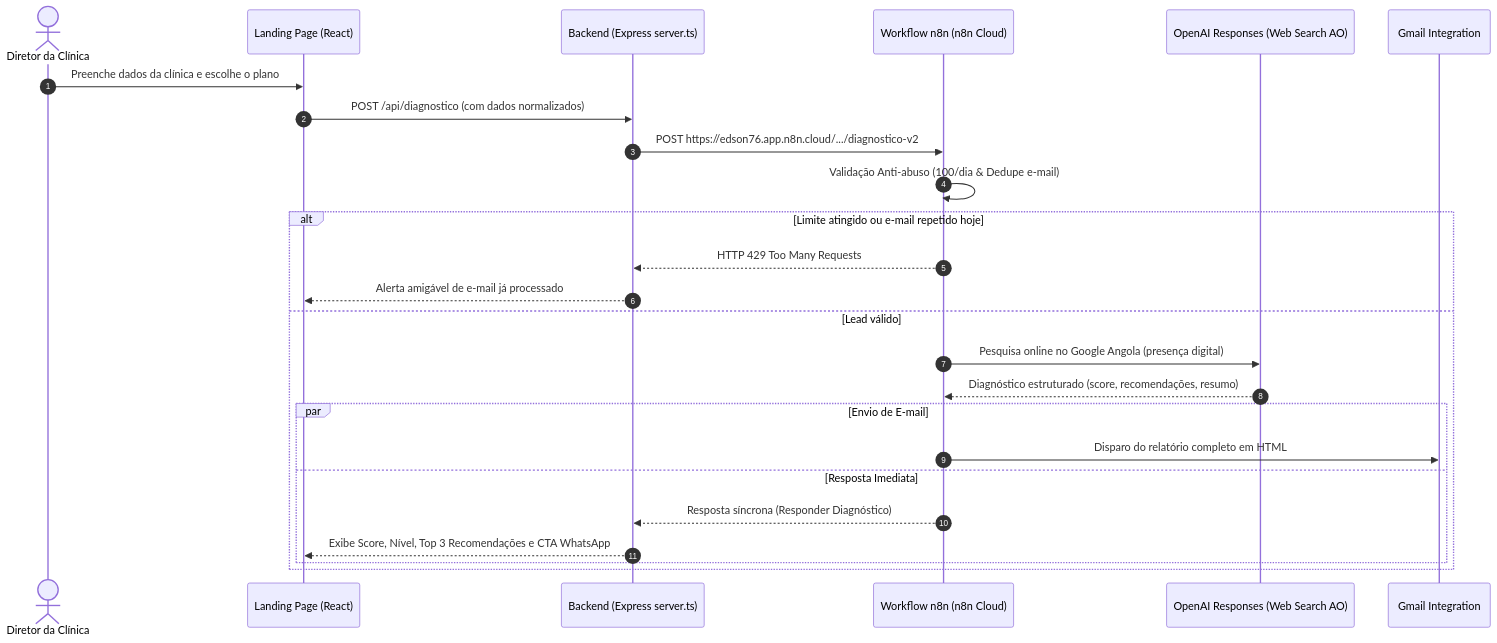
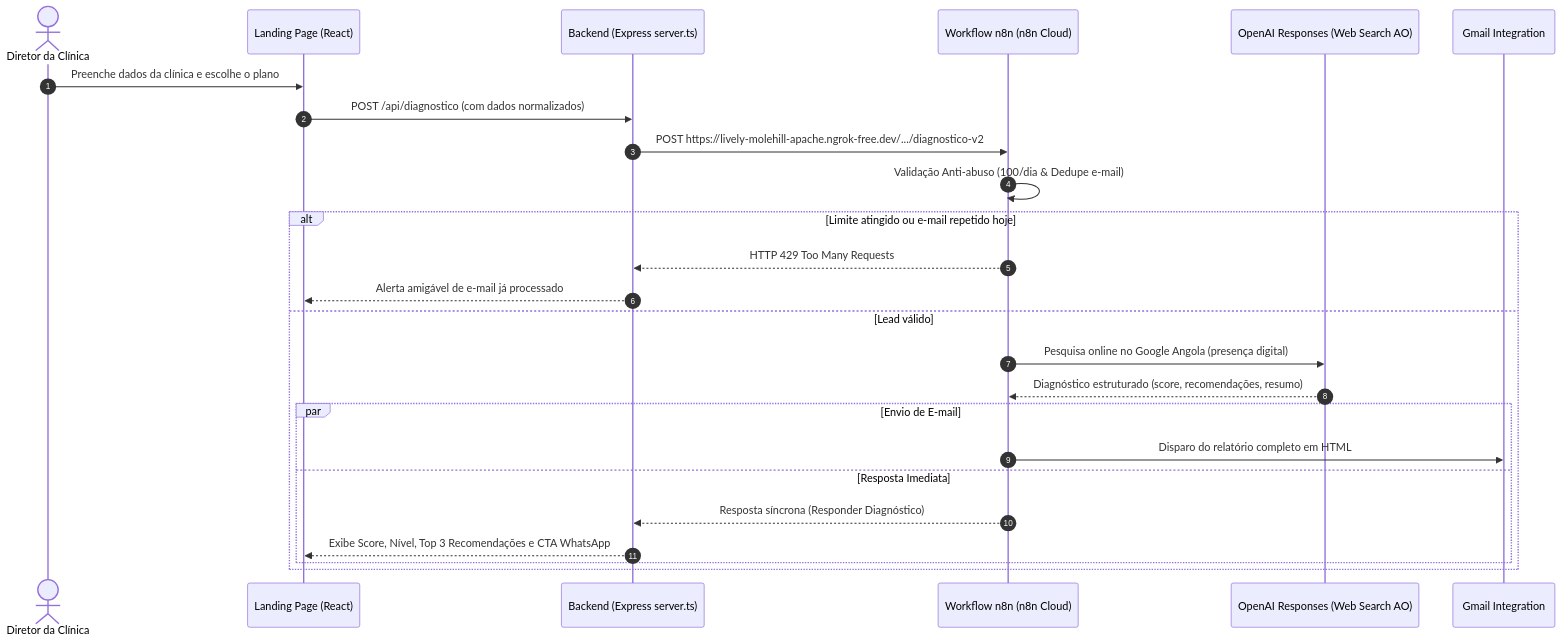
Before and after one commit to mariocazombomarketing76/solucoes-digitais-para-clinicas-medicas: the diagram in README.md, drawn with Mermaid. The commit also changed other lines of this file and 5 other files, not shown here.

````diff
--- a/README.md
+++ b/README.md
@@ -135,28 +135,28 @@
 ```mermaid
 sequenceDiagram
     autonumber
     actor Cliente as Diretor da Clínica
     participant LP as Landing Page (React)
     participant API as Backend (Express server.ts)
     participant n8n as Workflow n8n (n8n Cloud)
     participant IA as OpenAI Responses (Web Search AO)
     participant Gmail as Gmail Integration
 
     Cliente->>LP: Preenche dados da clínica e escolhe o plano
     LP->>API: POST /api/diagnostico (com dados normalizados)
-    API->>n8n: POST https://edson76.app.n8n.cloud/.../diagnostico-v2
+    API->>n8n: POST https://lively-molehill-apache.ngrok-free.dev/.../diagnostico-v2
     n8n->>n8n: Validação Anti-abuso (100/dia & Dedupe e-mail)
     alt Limite atingido ou e-mail repetido hoje
         n8n-->>API: HTTP 429 Too Many Requests
         API-->>LP: Alerta amigável de e-mail já processado
     else Lead válido
         n8n->>IA: Pesquisa online no Google Angola (presença digital)
         IA-->>n8n: Diagnóstico estruturado (score, recomendações, resumo)
         par Envio de E-mail
             n8n->>Gmail: Disparo do relatório completo em HTML
         and Resposta Imediata
             n8n-->>API: Resposta síncrona (Responder Diagnóstico)
             API-->>LP: Exibe Score, Nível, Top 3 Recomendações e CTA WhatsApp
         end
     end
 ```
````
